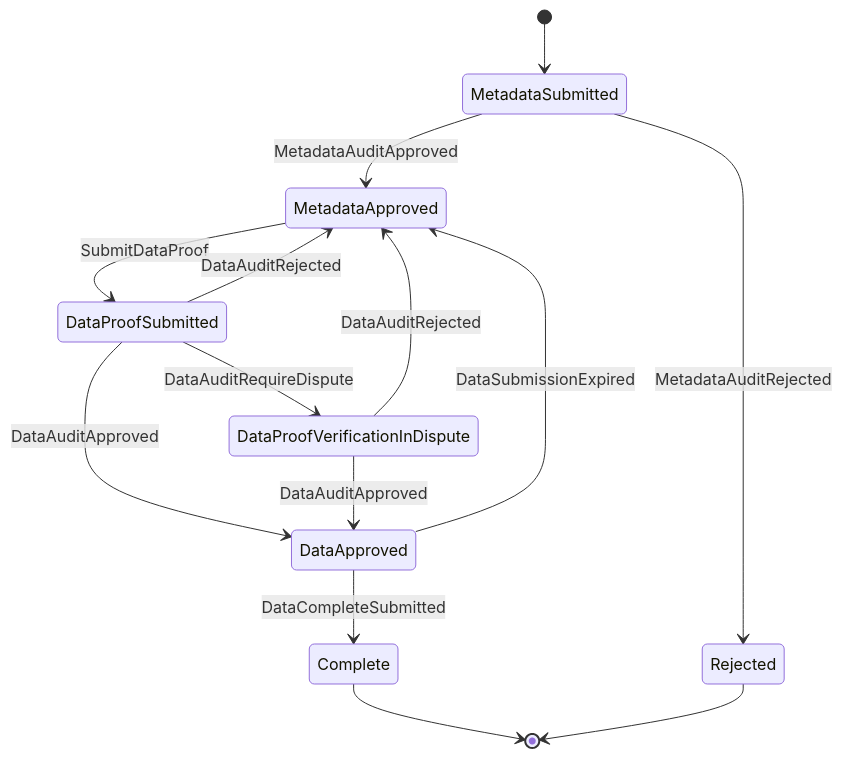
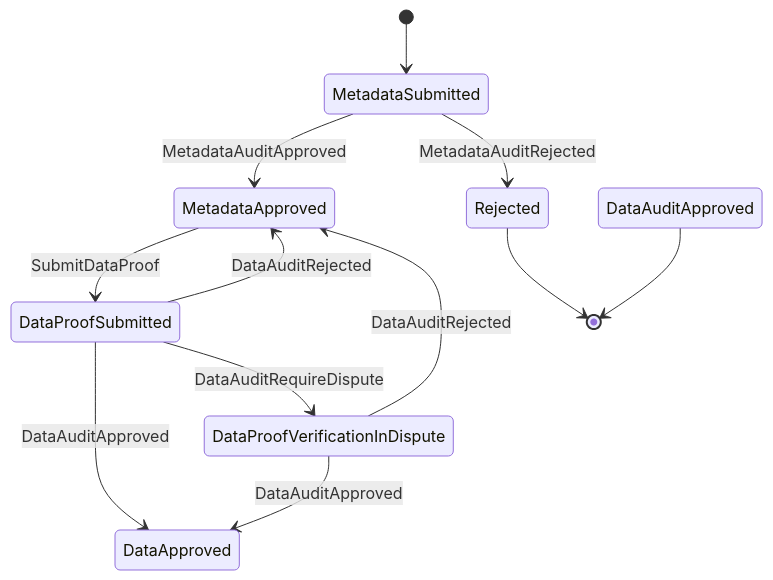
The diagram in systems/README.md (dataswap/specs), drawn with Mermaid before and after one commit. The commit also changed other lines of this file, not shown here.

Commit message:
update dataset statediagram

````diff
--- a/systems/README.md
+++ b/systems/README.md
@@ -81,16 +77,14 @@
 ```mermaid
 stateDiagram
     [*] --> MetadataSubmitted
     MetadataSubmitted --> MetadataApproved:MetadataAuditApproved
     MetadataSubmitted --> Rejected:MetadataAuditRejected
     MetadataApproved --> DataProofSubmitted:SubmitDataProof
     DataProofSubmitted --> DataApproved:DataAuditApproved
     DataProofSubmitted --> MetadataApproved:DataAuditRejected
     DataProofSubmitted --> DataProofVerificationInDispute:DataAuditRequireDispute
     DataProofVerificationInDispute --> DataApproved:DataAuditApproved
     DataProofVerificationInDispute --> MetadataApproved:DataAuditRejected
-    DataApproved --> Complete:DataCompleteSubmitted
-    DataApproved --> MetadataApproved:DataSubmissionExpired
-    Complete-->[*]
+    DataAuditApproved-->[*]
     Rejected-->[*]
 ```
````
